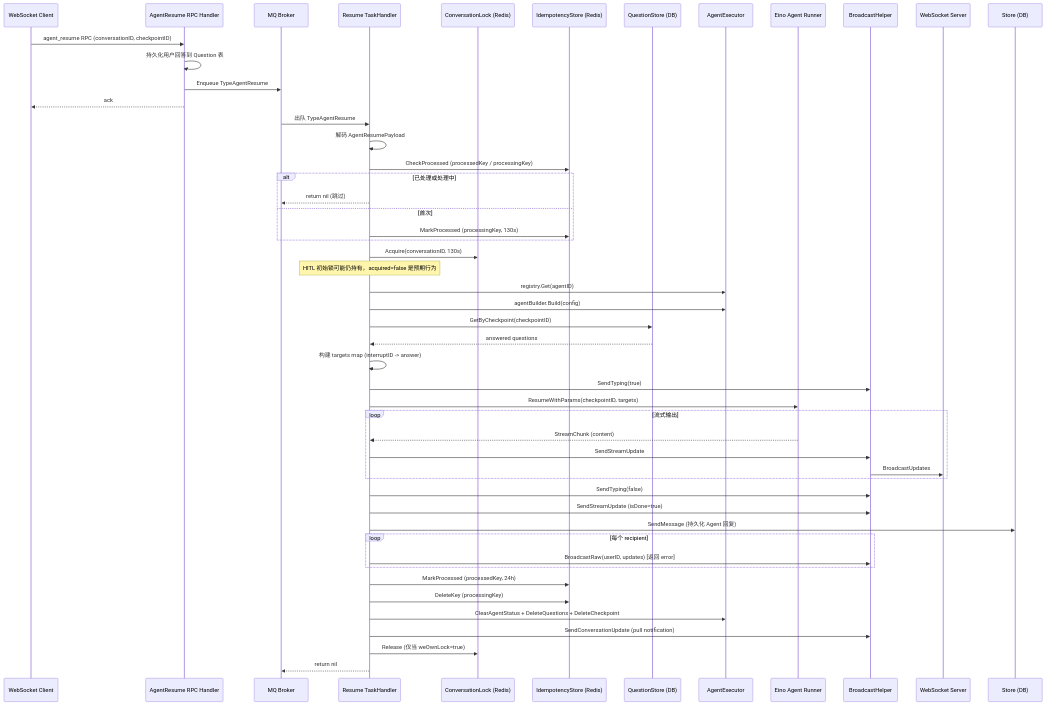
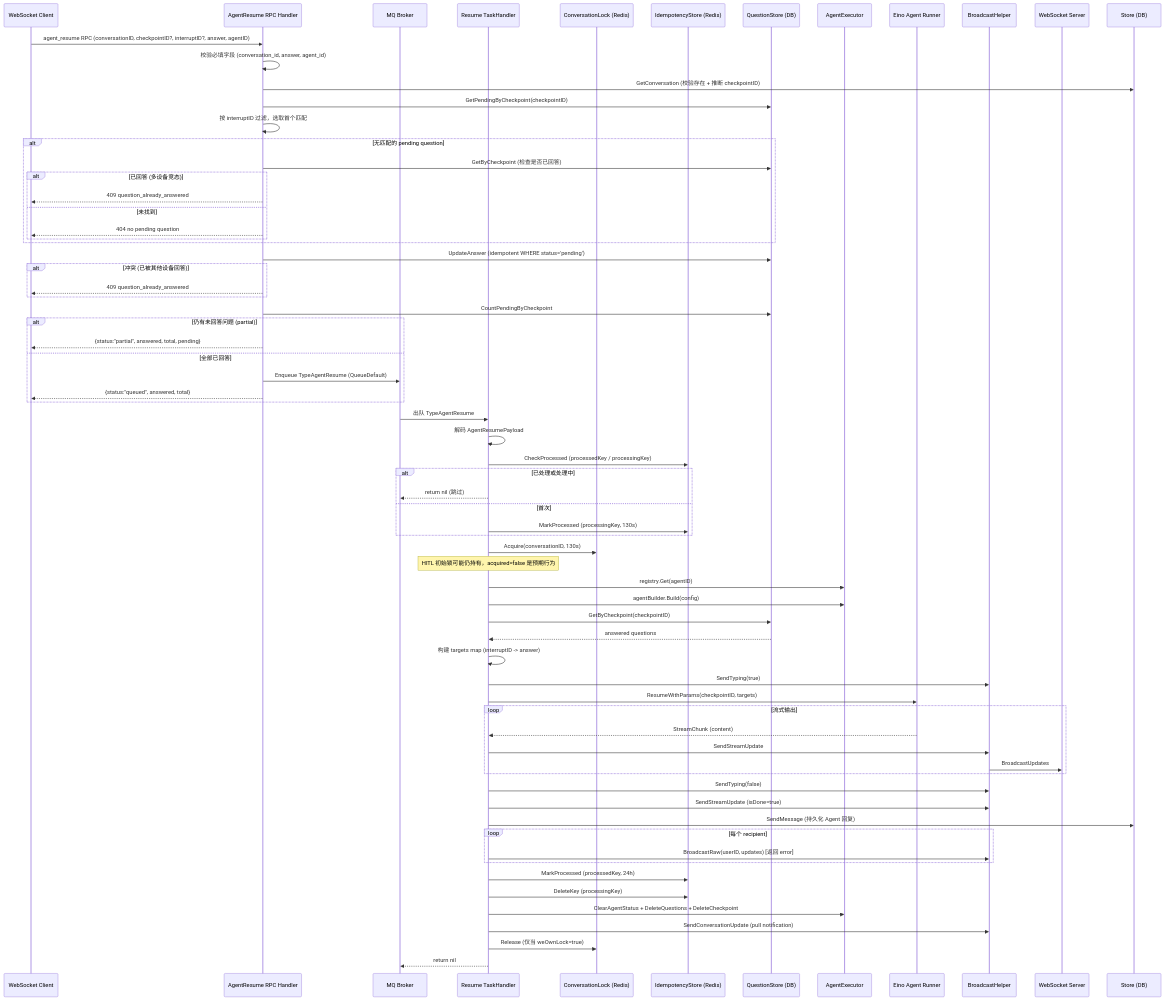
One commit to PineappleBond/xyncra-server changed the third of 8 diagrams in wiki/flows/mq-async.md. Above: the diagram before and after it, drawn with Mermaid. The commit also changed other lines of this file and 6 other files, not shown here.

First line of the commit message:
docs(wiki): iteration 2 fixes - client store layer, broken links, edge cases

````diff
--- a/wiki/flows/mq-async.md
+++ b/wiki/flows/mq-async.md
@@ -180,54 +180,74 @@
 ```mermaid
 sequenceDiagram
     participant Client as WebSocket Client
     participant Handler as AgentResume RPC Handler
     participant Broker as MQ Broker
     participant Worker as Resume TaskHandler
     participant Lock as ConversationLock (Redis)
     participant Idem as IdempotencyStore (Redis)
     participant QStore as QuestionStore (DB)
     participant Exec as AgentExecutor
     participant Agent as Eino Agent Runner
     participant BC as BroadcastHelper
     participant WS as WebSocket Server
     participant Store as Store (DB)
 
-    Client->>Handler: agent_resume RPC (conversationID, checkpointID)
-    Handler->>Handler: 持久化用户回答到 Question 表
-    Handler->>Broker: Enqueue TypeAgentResume
-    Handler-->>Client: ack
+    Client->>Handler: agent_resume RPC (conversationID, checkpointID?, interruptID?, answer, agentID)
+    Handler->>Handler: 校验必填字段 (conversation_id, answer, agent_id)
+    Handler->>Store: GetConversation (校验存在 + 推断 checkpointID)
+    Handler->>QStore: GetPendingByCheckpoint(checkpointID)
+    Handler->>Handler: 按 interruptID 过滤，选取首个匹配
+    alt 无匹配的 pending question
+        Handler->>QStore: GetByCheckpoint (检查是否已回答)
+        alt 已回答 (多设备竞态)
+            Handler-->>Client: 409 question_already_answered
+        else 未找到
+            Handler-->>Client: 404 no pending question
+        end
+    end
+    Handler->>QStore: UpdateAnswer (idempotent WHERE status='pending')
+    alt 冲突 (已被其他设备回答)
+        Handler-->>Client: 409 question_already_answered
+    end
+    Handler->>QStore: CountPendingByCheckpoint
+    alt 仍有未回答问题 (partial)
+        Handler-->>Client: {status:"partial", answered, total, pending}
+    else 全部已回答
+        Handler->>Broker: Enqueue TypeAgentResume (QueueDefault)
+        Handler-->>Client: {status:"queued", answered, total}
+    end
     Broker->>Worker: 出队 TypeAgentResume
     Worker->>Worker: 解码 AgentResumePayload
     Worker->>Idem: CheckProcessed (processedKey / processingKey)
     alt 已处理或处理中
         Worker-->>Broker: return nil (跳过)
     else 首次
         Worker->>Idem: MarkProcessed (processingKey, 130s)
     end
     Worker->>Lock: Acquire(conversationID, 130s)
     Note over Worker: HITL 初始锁可能仍持有，acquired=false 是预期行为
     Worker->>Exec: registry.Get(agentID)
     Worker->>Exec: agentBuilder.Build(config)
     Worker->>QStore: GetByCheckpoint(checkpointID)
     QStore-->>Worker: answered questions
     Worker->>Worker: 构建 targets map (interruptID -> answer)
     Worker->>BC: SendTyping(true)
     Worker->>Agent: ResumeWithParams(checkpointID, targets)
     loop 流式输出
         Agent-->>Worker: StreamChunk (content)
         Worker->>BC: SendStreamUpdate
         BC->>WS: BroadcastUpdates
     end
     Worker->>BC: SendTyping(false)
     Worker->>BC: SendStreamUpdate (isDone=true)
     Worker->>Store: SendMessage (持久化 Agent 回复)
     loop 每个 recipient
         Worker->>BC: BroadcastRaw(userID, updates) [返回 error]
     end
     Worker->>Idem: MarkProcessed (processedKey, 24h)
     Worker->>Idem: DeleteKey (processingKey)
     Worker->>Exec: ClearAgentStatus + DeleteQuestions + DeleteCheckpoint
     Worker->>BC: SendConversationUpdate (pull notification)
     Worker->>Lock: Release (仅当 weOwnLock=true)
     Worker-->>Broker: return nil
 ```
````
